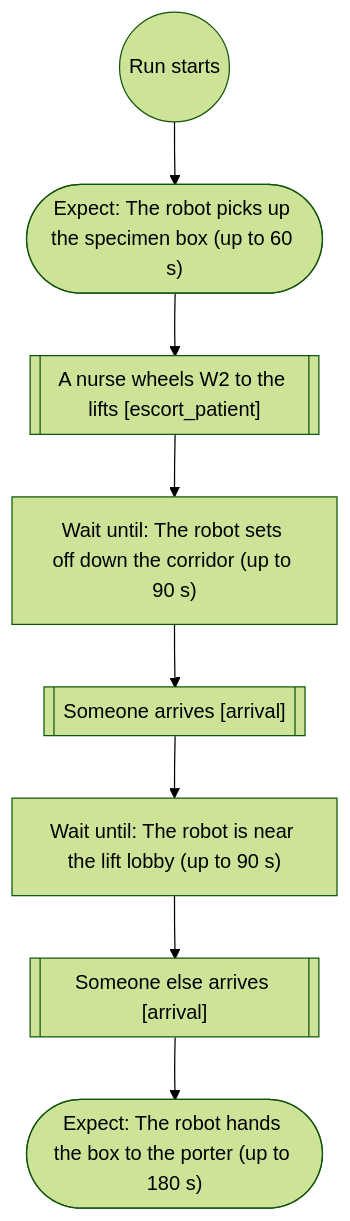
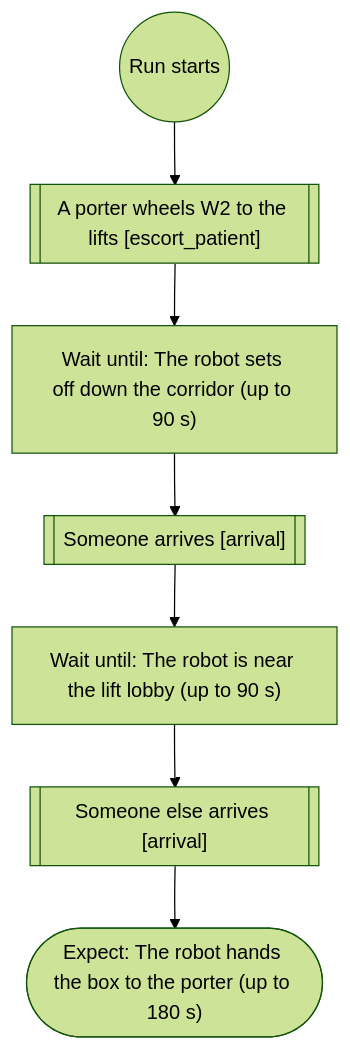
Before and after one commit to Bkrakshith/hospital-sim-agents: the sixth of 9 diagrams in docs/scenario-flows.md, drawn with Mermaid (forest theme). The commit also changed other lines of this file and 6 other files, not shown here.

First line of the commit message:
Ward, specimen and corridor flows wait for the robot's own work

````diff
--- a/docs/scenario-flows.md
+++ b/docs/scenario-flows.md
@@ -190,18 +190,16 @@
 ```mermaid
 flowchart TD
   n1(("Run starts"))
-  n2(["Expect: The robot picks up the specimen box (up to 60 s)"])
+  n2[["A porter wheels W2 to the lifts [escort_patient]"]]
   n1 --> n2
-  n3[["A nurse wheels W2 to the lifts [escort_patient]"]]
+  n3["Wait until: The robot sets off down the corridor (up to 90 s)"]
   n2 --> n3
-  n4["Wait until: The robot sets off down the corridor (up to 90 s)"]
+  n4[["Someone arrives [arrival]"]]
   n3 --> n4
-  n5[["Someone arrives [arrival]"]]
+  n5["Wait until: The robot is near the lift lobby (up to 90 s)"]
   n4 --> n5
-  n6["Wait until: The robot is near the lift lobby (up to 90 s)"]
+  n6[["Someone else arrives [arrival]"]]
   n5 --> n6
-  n7[["Someone else arrives [arrival]"]]
+  n7(["Expect: The robot hands the box to the porter (up to 180 s)"])
   n6 --> n7
-  n8(["Expect: The robot hands the box to the porter (up to 180 s)"])
-  n7 --> n8
 ```
````
